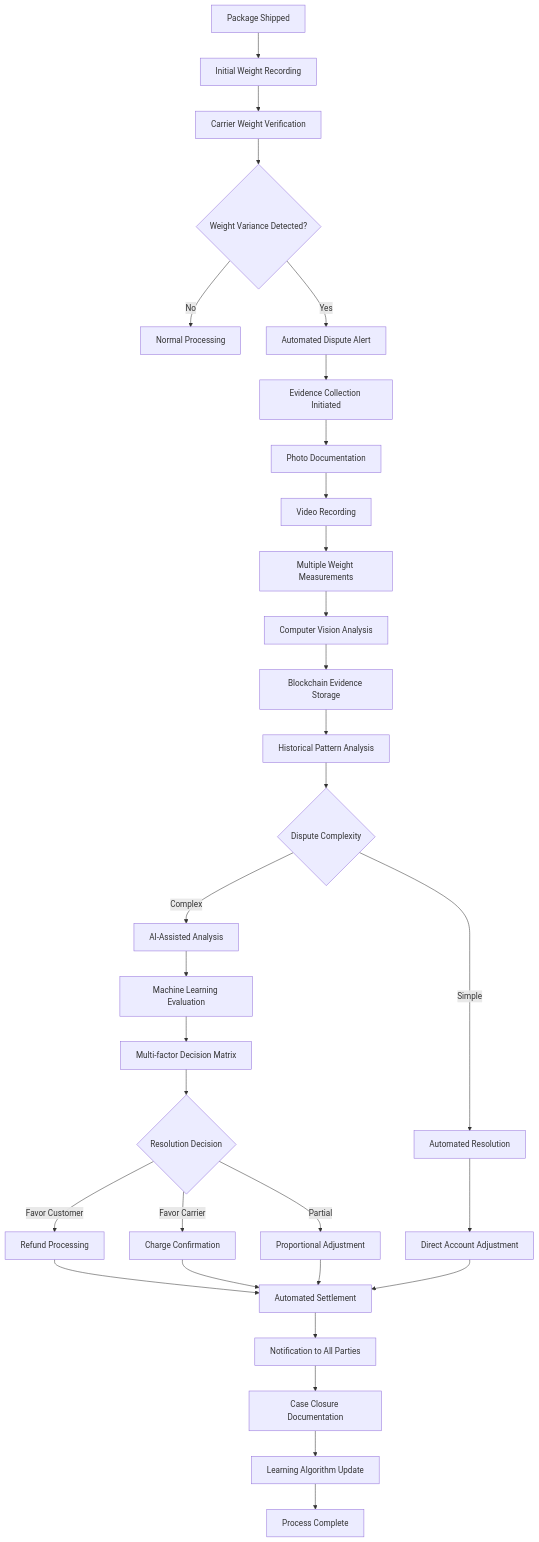
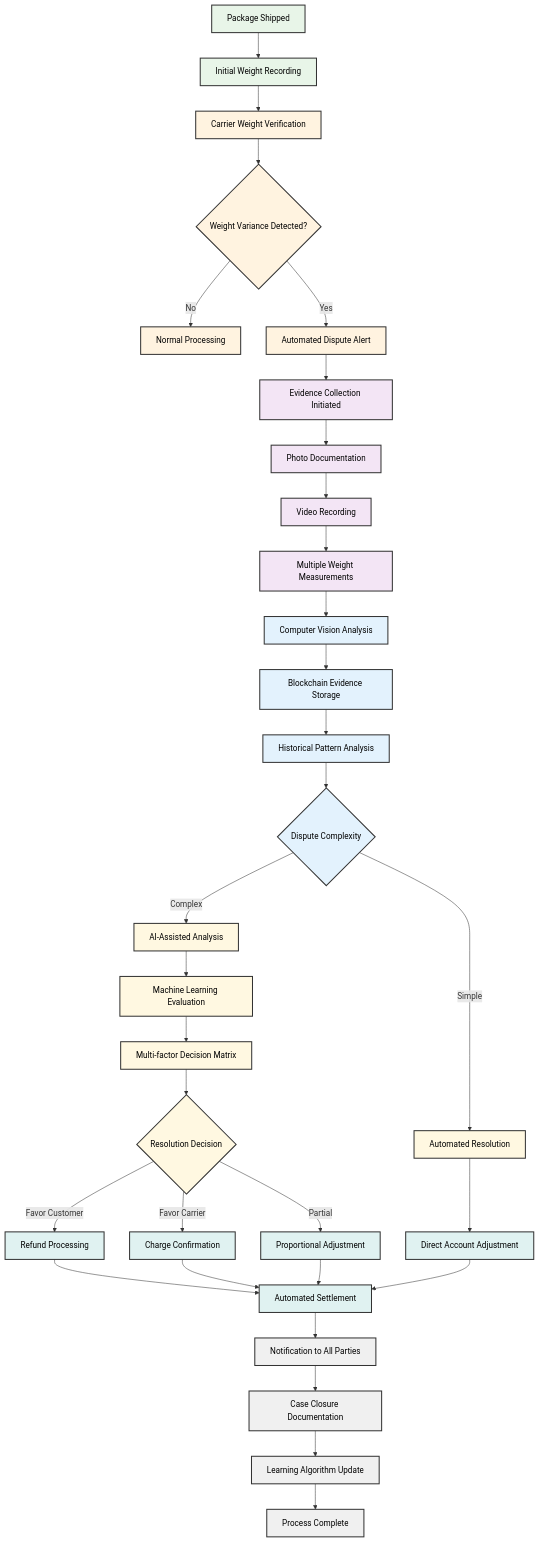
Before and after one commit to sandeepkumar0801/Digihub: diagram 18 of 44 in README.md, drawn with Mermaid. The commit also changed other lines of this file and 1 other file, not shown here.

````diff
--- a/README.md
+++ b/README.md
@@ -3173,65 +3388,80 @@
 ```mermaid
 graph TD
     A[Package Shipped] --> B[Initial Weight Recording]
     B --> C[Carrier Weight Verification]
     C --> D{Weight Variance Detected?}
 
     D -->|No| E[Normal Processing]
     D -->|Yes| F[Automated Dispute Alert]
 
     F --> G[Evidence Collection Initiated]
     G --> H[Photo Documentation]
     H --> I[Video Recording]
     I --> J[Multiple Weight Measurements]
 
     J --> K[Computer Vision Analysis]
     K --> L[Blockchain Evidence Storage]
     L --> M[Historical Pattern Analysis]
 
     M --> N{Dispute Complexity}
     N -->|Simple| O[Automated Resolution]
     N -->|Complex| P[AI-Assisted Analysis]
 
     O --> Q[Direct Account Adjustment]
     P --> R[Machine Learning Evaluation]
     R --> S[Multi-factor Decision Matrix]
     S --> T{Resolution Decision}
 
     T -->|Favor Customer| U[Refund Processing]
     T -->|Favor Carrier| V[Charge Confirmation]
     T -->|Partial| W[Proportional Adjustment]
 
     U --> X[Automated Settlement]
     V --> X
     W --> X
     Q --> X
 
     X --> Y[Notification to All Parties]
     Y --> Z[Case Closure Documentation]
     Z --> AA[Learning Algorithm Update]
 
     AA --> BB[Process Complete]
 
 
 
 
 
 
 
 
 
 
 
 
 
 
 
 
 
 
 
 
 
 
 
+    classDef start fill:#e8f5e8,stroke:#333333,stroke-width:2px,color:#000000
+    classDef detection fill:#fff3e0,stroke:#333333,stroke-width:2px,color:#000000
+    classDef evidence fill:#f3e5f5,stroke:#333333,stroke-width:2px,color:#000000
+    classDef analysis fill:#e3f2fd,stroke:#333333,stroke-width:2px,color:#000000
+    classDef resolution fill:#fff8e1,stroke:#333333,stroke-width:2px,color:#000000
+    classDef settlement fill:#e0f2f1,stroke:#333333,stroke-width:2px,color:#000000
+    classDef complete fill:#f0f0f0,stroke:#333333,stroke-width:2px,color:#000000
+
+    class A,B start
+    class C,D,E,F detection
+    class G,H,I,J evidence
+    class K,L,M,N analysis
+    class O,P,R,S,T resolution
+    class U,V,W,Q,X settlement
+    class Y,Z,AA,BB complete
 ```
````
